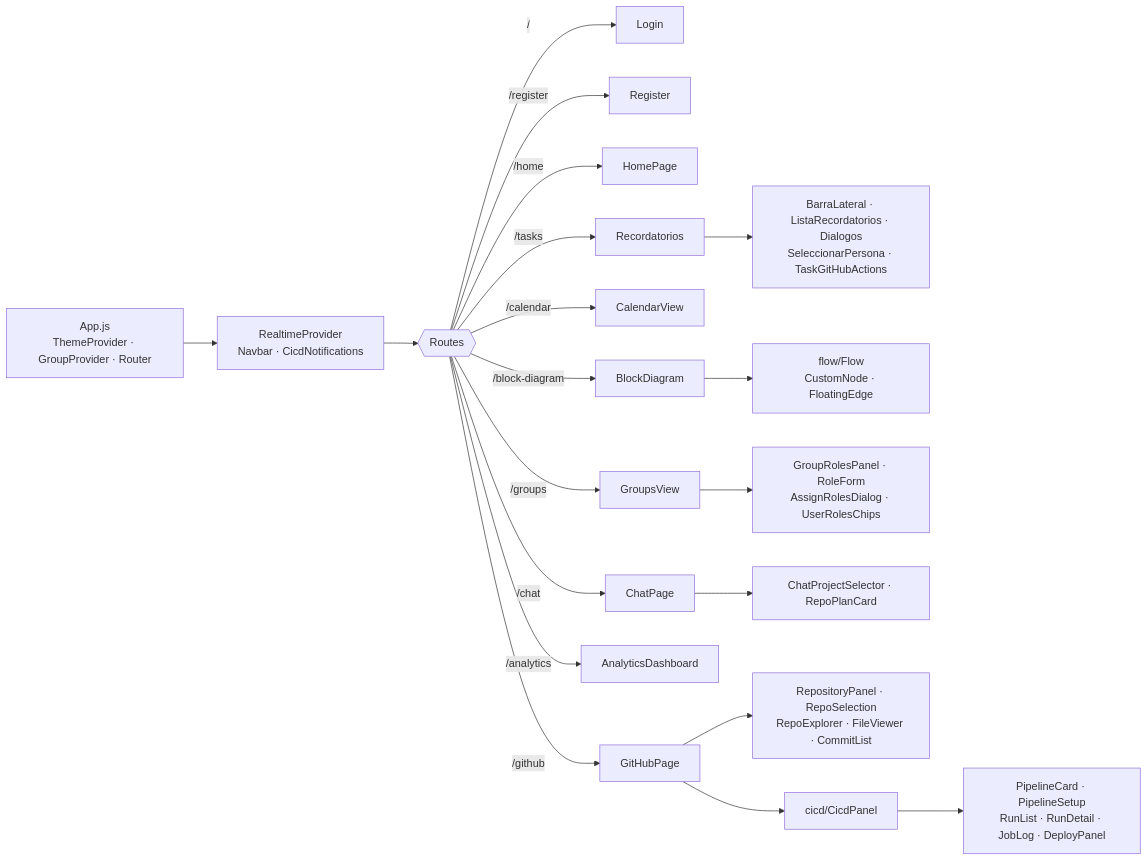
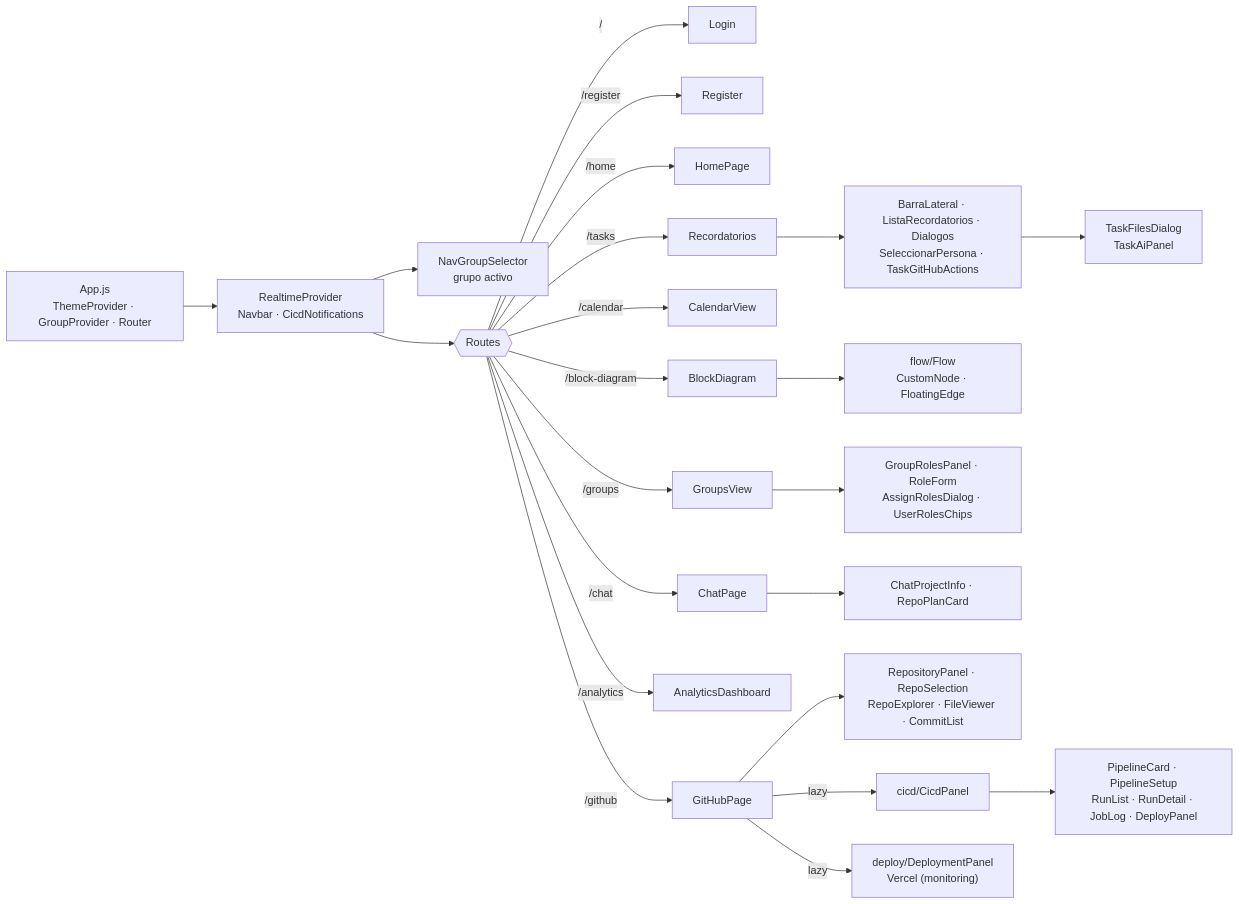
The first of 3 diagrams in documentacion/02-arquitectura/00-capas-del-codigo.md (PabloP150/proyecto-is-cc6), drawn with Mermaid before and after one commit. The commit also changed other lines of this file and 204 other files, not shown here.

First line of the commit message:
docs: update all documentation, diagrams and PNGs to the test/e2e state

````diff
--- a/documentacion/02-arquitectura/00-capas-del-codigo.md
+++ b/documentacion/02-arquitectura/00-capas-del-codigo.md
@@ -7,26 +7,30 @@
 ```mermaid
 flowchart LR
     app["App.js<br/>ThemeProvider · GroupProvider · Router"]
     rt["RealtimeProvider<br/>Navbar · CicdNotifications"]
+    navg["NavGroupSelector<br/>grupo activo"]
     routes{{"Routes"}}
     app --> rt --> routes
+    rt --> navg
 
     routes -->|"/"| login["Login"]
     routes -->|"/register"| reg["Register"]
     routes -->|"/home"| home["HomePage"]
     routes -->|"/tasks"| tasks["Recordatorios"]
     routes -->|"/calendar"| cal["CalendarView"]
     routes -->|"/block-diagram"| bd["BlockDiagram"]
     routes -->|"/groups"| groups["GroupsView"]
     routes -->|"/chat"| chat["ChatPage"]
     routes -->|"/analytics"| an["AnalyticsDashboard"]
     routes -->|"/github"| gh["GitHubPage"]
 
     tasks --> tasksC["BarraLateral · ListaRecordatorios · Dialogos<br/>SeleccionarPersona · TaskGitHubActions"]
+    tasksC --> tfiles["TaskFilesDialog<br/>TaskAiPanel"]
     bd --> bdC["flow/Flow<br/>CustomNode · FloatingEdge"]
     groups --> groupsC["GroupRolesPanel · RoleForm<br/>AssignRolesDialog · UserRolesChips"]
-    chat --> chatC["ChatProjectSelector · RepoPlanCard"]
+    chat --> chatC["ChatProjectInfo · RepoPlanCard"]
     gh --> ghC["RepositoryPanel · RepoSelection<br/>RepoExplorer · FileViewer · CommitList"]
-    gh --> cicd["cicd/CicdPanel"]
+    gh -->|"lazy"| cicd["cicd/CicdPanel"]
+    gh -->|"lazy"| dep["deploy/DeploymentPanel<br/>Vercel (monitoring)"]
     cicd --> cicdC["PipelineCard · PipelineSetup<br/>RunList · RunDetail · JobLog · DeployPanel"]
 ```
````
